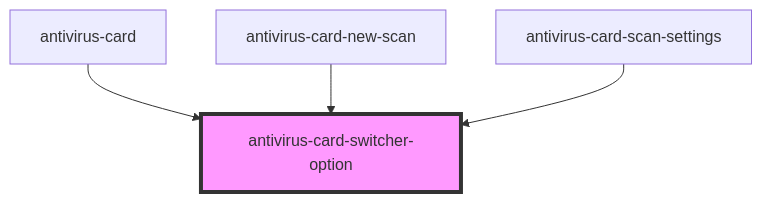
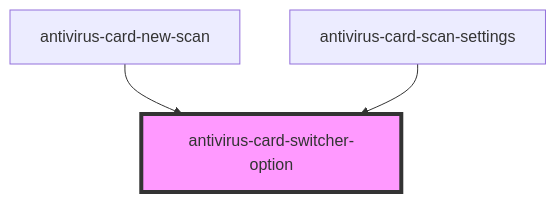
Before and after one commit to ispsystem/plugin-imunify: the diagram in client/packages/antivirus-card/src/components/switcher-option/readme.md, drawn with Mermaid. The commit also changed other lines of this file and 14 other files, not shown here.

First line of the commit message:
feat(antivirus-card): 🌟 get price list for pro version by market

````diff
--- a/client/packages/antivirus-card/src/components/switcher-option/readme.md
+++ b/client/packages/antivirus-card/src/components/switcher-option/readme.md
@@ -34,7 +33,6 @@
 ```mermaid
 graph TD;
-  antivirus-card --> antivirus-card-switcher-option
   antivirus-card-new-scan --> antivirus-card-switcher-option
   antivirus-card-scan-settings --> antivirus-card-switcher-option
   style antivirus-card-switcher-option fill:#f9f,stroke:#333,stroke-width:4px
 ```
````
